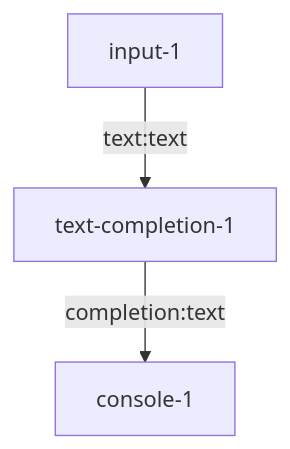
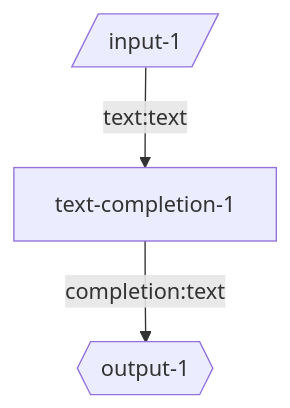
Before and after one commit to breadboard-ai/breadboard: the diagram in seeds/graph-playground/docs/graphs/simplest.md, drawn with Mermaid. The commit also changed 12 other files, not shown here.

Commit message:
[graph-playgroun] Update diagrams.

````diff
--- a/seeds/graph-playground/docs/graphs/simplest.md
+++ b/seeds/graph-playground/docs/graphs/simplest.md
@@ -4,5 +4,5 @@
 ```mermaid
 graph TD;
-input-1 -- text:text --> text-completion-1
-text-completion-1 -- completion:text --> console-1
+input-1[/input-1/] -- text:text --> text-completion-1
+text-completion-1 -- completion:text --> output-1{{output-1}}
 ```
````
